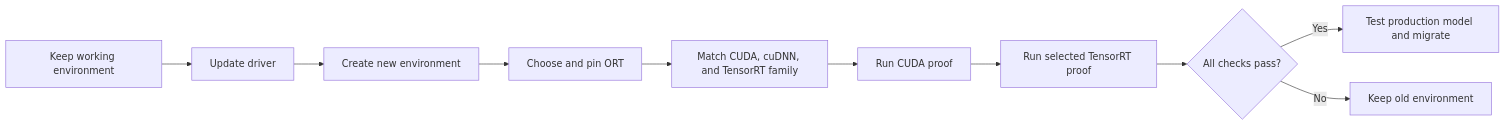
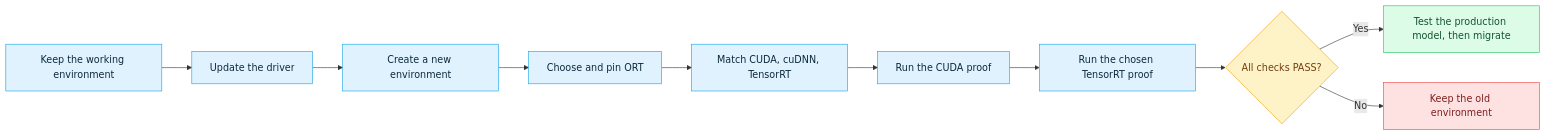
One commit to DakeQQ/Tutorial-ONNX-Runtime-Execution-Providers changed the sixth of 6 diagrams in NVIDIA/README.md. Above: the diagram before and after it, drawn with Mermaid. The commit also changed other lines of this file and 15 other files, not shown here.

````diff
--- a/NVIDIA/README.md
+++ b/NVIDIA/README.md
@@ -772,12 +898,21 @@
 ```mermaid
 flowchart LR
-	A[Keep working environment] --> B[Update driver]
-	B --> C[Create new environment]
-	C --> D[Choose and pin ORT]
-	D --> E[Match CUDA, cuDNN, and TensorRT family]
-	E --> F[Run CUDA proof]
-	F --> G[Run selected TensorRT proof]
-	G --> H{All checks pass?}
-	H -- Yes --> I[Test production model and migrate]
-	H -- No --> J[Keep old environment]
+    A["Keep the working environment"] --> B["Update the driver"]
+    B --> C["Create a new environment"]
+    C --> D["Choose and pin ORT"]
+    D --> E["Match CUDA, cuDNN, TensorRT"]
+    E --> F["Run the CUDA proof"]
+    F --> G["Run the chosen TensorRT proof"]
+    G --> H{"All checks PASS?"}
+    H -- Yes --> I["Test the production model, then migrate"]
+    H -- No --> J["Keep the old environment"]
+
+    classDef step fill:#e0f2fe,stroke:#0ea5e9,color:#0c2a3d;
+    classDef dec fill:#fef3c7,stroke:#f59e0b,color:#713f12;
+    classDef good fill:#dcfce7,stroke:#22c55e,color:#14532d;
+    classDef bad fill:#fee2e2,stroke:#ef4444,color:#7f1d1d;
+    class A,B,C,D,E,F,G step;
+    class H dec;
+    class I good;
+    class J bad;
 ```
````
